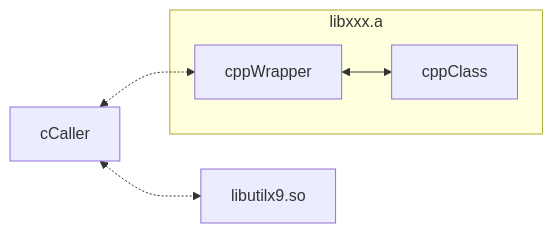
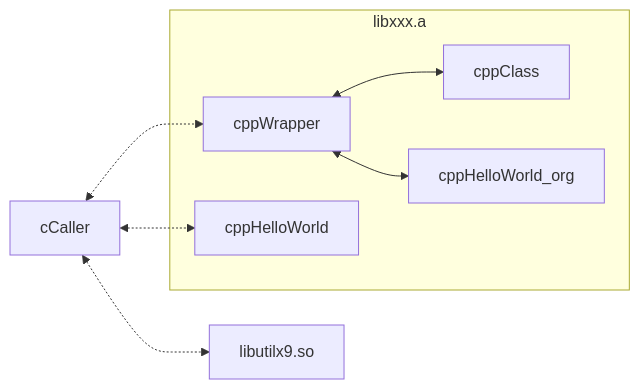
The first of 2 diagrams in README.md (lankahsu520/CvsCPPmixer), drawn with Mermaid before and after one commit. The commit also changed other lines of this file and 8 other files, not shown here.

Commit message:
git add cppHelloWorld_org.*

````diff
--- a/README.md
+++ b/README.md
@@ -5,15 +5,19 @@
 ```mermaid
 flowchart LR
 	cCaller[cCaller]
 	libutilx9.so[libutilx9.so]
 	libxxx.a[libxxx.a]
 	
 	subgraph libxxx.a
 		cppClass
 		cppWrapper
+		cppHelloWorld
+		cppHelloWorld_org
 	end
 	
 	cCaller <-.-> libutilx9.so
 	cCaller <-.-> cppWrapper
+	cCaller <-.-> cppHelloWorld
 	cppWrapper <--> cppClass
+	cppWrapper <--> cppHelloWorld_org
 ```
````
